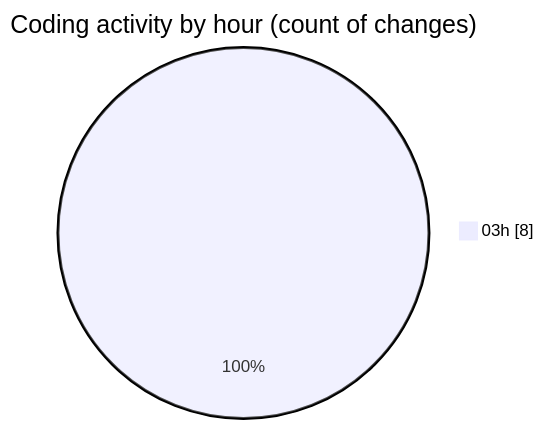
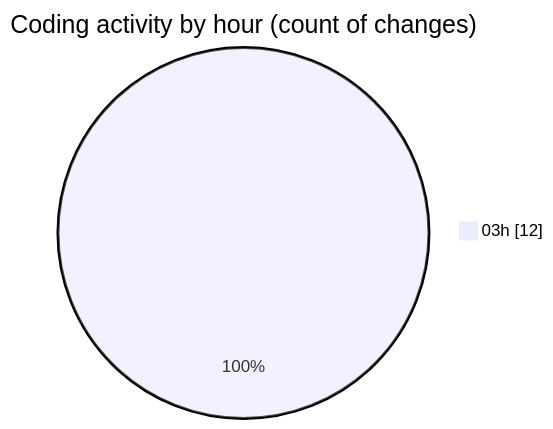
The second of 2 diagrams in 2025-10-09/api-hub/README.md (mevix1/code-tracking), drawn with Mermaid before and after one commit. The commit also changed other lines of this file and 1 other file, not shown here.

````diff
--- a/2025-10-09/api-hub/README.md
+++ b/2025-10-09/api-hub/README.md
@@ -35,5 +38,5 @@
 ```mermaid
 pie showData
 title Coding activity by hour (count of changes)
-"03h" : 8
+"03h" : 12
 ```
````
